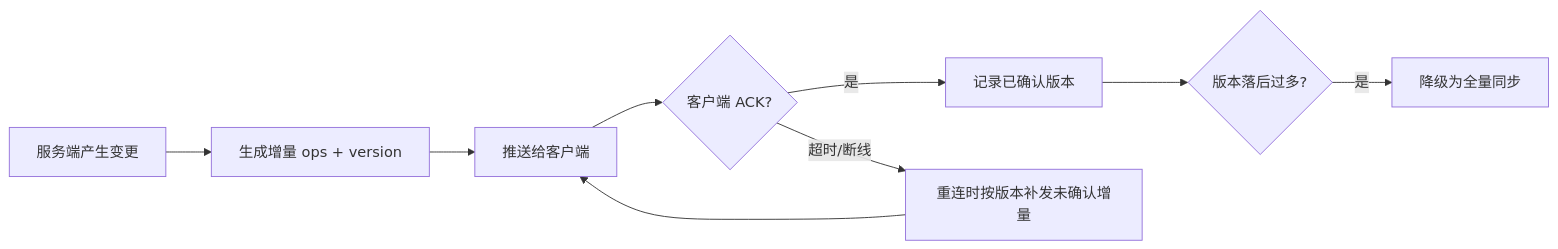
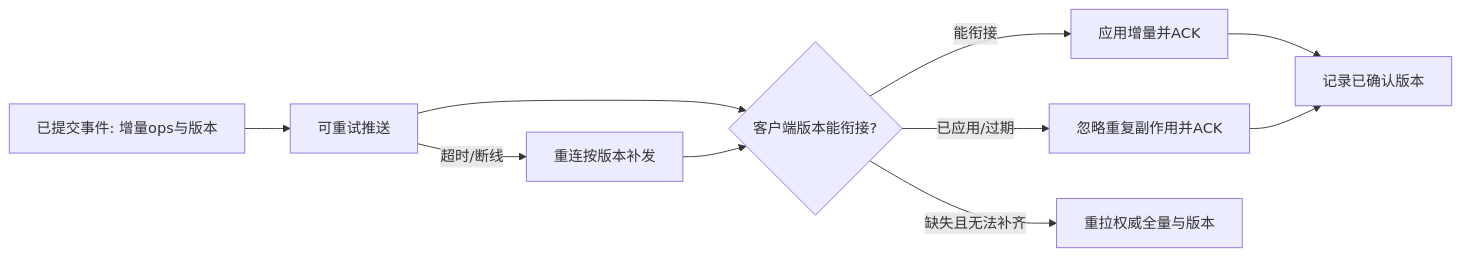
Before and after one commit to fantuan812/learning: the fourth of 4 diagrams in 知识/05-Gameplay与交互系统/背包装备与存档/01-背包与道具系统.md, drawn with Mermaid. The commit also changed other lines of this file and 1 other file, not shown here.

````diff
--- a/知识/05-Gameplay与交互系统/背包装备与存档/01-背包与道具系统.md
+++ b/知识/05-Gameplay与交互系统/背包装备与存档/01-背包与道具系统.md
@@ -371,11 +470,12 @@
 ```mermaid
 flowchart LR
-    A[服务端产生变更] --> B[生成增量 ops + version]
-    B --> C[推送给客户端]
-    C --> D{客户端 ACK?}
-    D -- 是 --> E[记录已确认版本]
-    D -- 超时/断线 --> F[重连时按版本补发未确认增量]
-    F --> C
-    E --> G{版本落后过多?}
-    G -- 是 --> H[降级为全量同步]
+    A[已提交事件: 增量ops与版本] --> B[可重试推送]
+    B --> C{客户端版本能衔接?}
+    C -- 已应用/过期 --> D[忽略重复副作用并ACK]
+    C -- 能衔接 --> E[应用增量并ACK]
+    C -- 缺失且无法补齐 --> F[重拉权威全量与版本]
+    E --> G[记录已确认版本]
+    D --> G
+    B -- 超时/断线 --> H[重连按版本补发]
+    H --> C
 ```
````
